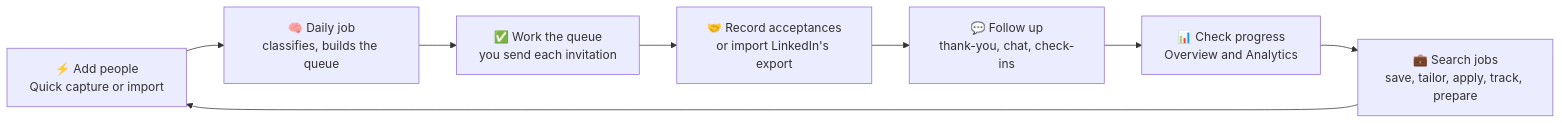
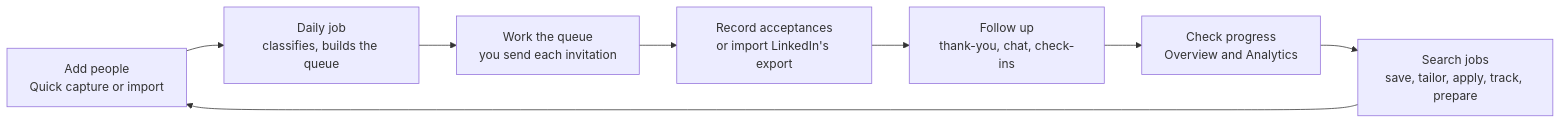
Before and after one commit to ShervinBabaei2007/Network-Growth-Assistance: the first of 2 diagrams in README.md, drawn with Mermaid. The commit also changed other lines of this file and 10 other files, not shown here.

````diff
--- a/README.md
+++ b/README.md
@@ -165,10 +165,10 @@
 ```mermaid
 flowchart LR
-    A["⚡ Add people<br/>Quick capture or import"] --> B["🧠 Daily job<br/>classifies, builds the queue"]
-    B --> C["✅ Work the queue<br/>you send each invitation"]
-    C --> D["🤝 Record acceptances<br/>or import LinkedIn's export"]
-    D --> G["💬 Follow up<br/>thank-you, chat, check-ins"]
-    G --> E["📊 Check progress<br/>Overview and Analytics"]
-    E --> F["💼 Search jobs<br/>save, tailor, apply, track, prepare"]
+    A["Add people<br/>Quick capture or import"] --> B["Daily job<br/>classifies, builds the queue"]
+    B --> C["Work the queue<br/>you send each invitation"]
+    C --> D["Record acceptances<br/>or import LinkedIn's export"]
+    D --> G["Follow up<br/>thank-you, chat, check-ins"]
+    G --> E["Check progress<br/>Overview and Analytics"]
+    E --> F["Search jobs<br/>save, tailor, apply, track, prepare"]
     F --> A
 ```
````
